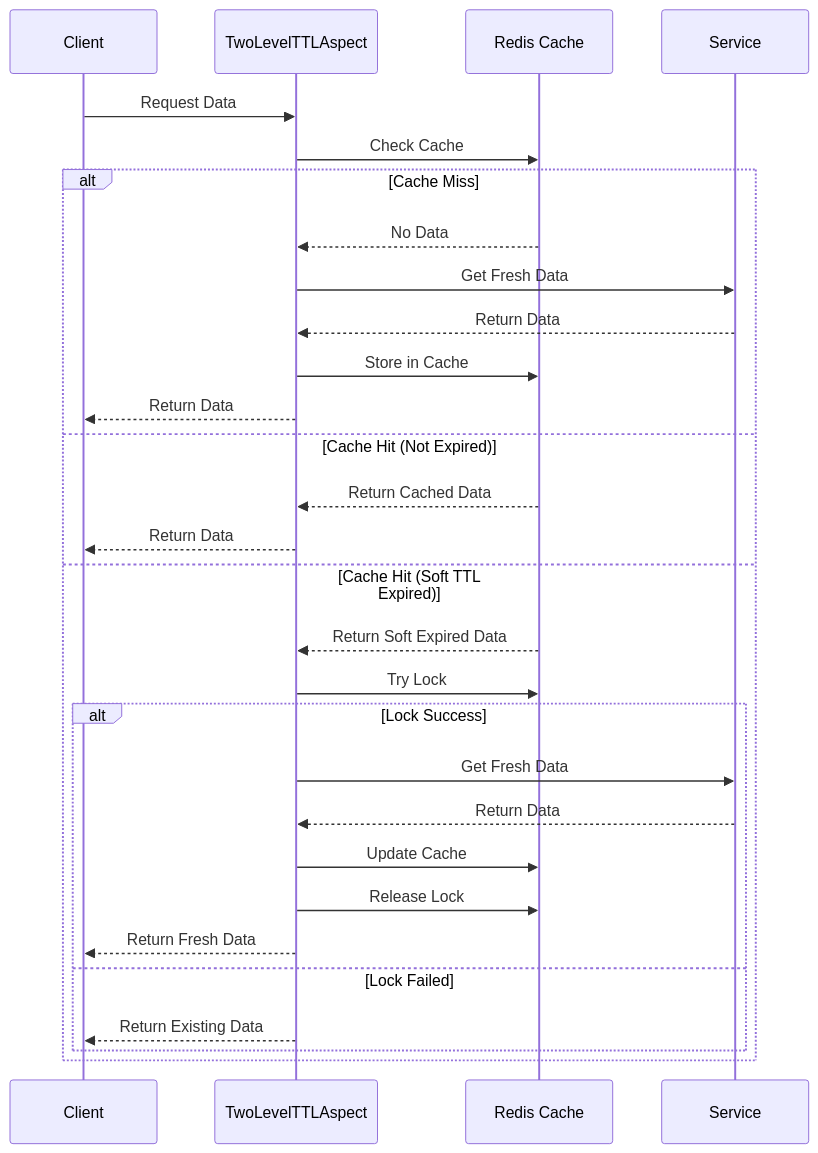
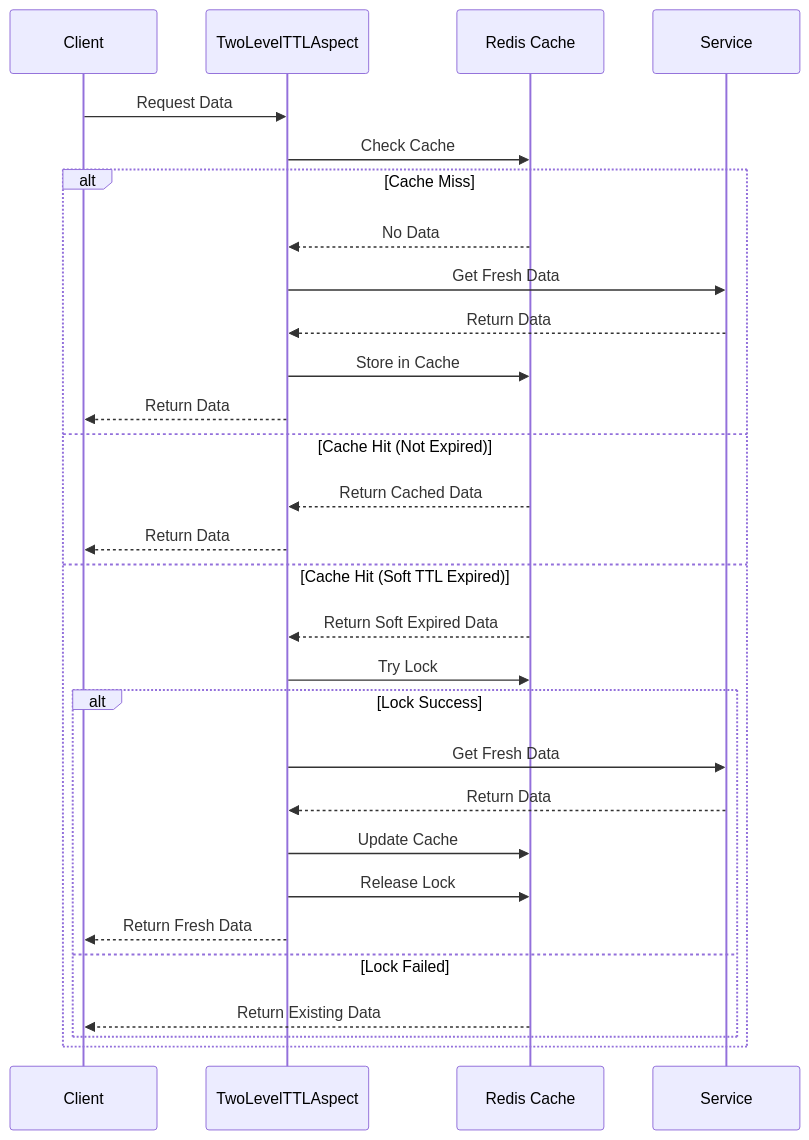
Before and after one commit to JwahoonKim/two-level-ttl-cache: the diagram in README.md, drawn with Mermaid.

```````diff
--- a/README.md
+++ b/README.md
@@ -15,32 +15,32 @@
 ```mermaid
 sequenceDiagram
     participant C as Client
     participant A as TwoLevelTTLAspect
     participant R as Redis Cache
     participant S as Service
 
     C->>A: Request Data
     A->>R: Check Cache
     alt Cache Miss
         R-->>A: No Data
         A->>S: Get Fresh Data
         S-->>A: Return Data
         A->>R: Store in Cache
         A-->>C: Return Data
     else Cache Hit (Not Expired)
         R-->>A: Return Cached Data
         A-->>C: Return Data
     else Cache Hit (Soft TTL Expired)
         R-->>A: Return Soft Expired Data
         A->>R: Try Lock
         alt Lock Success
             A->>S: Get Fresh Data
             S-->>A: Return Data
             A->>R: Update Cache
             A->>R: Release Lock
             A-->>C: Return Fresh Data
         else Lock Failed
-            A-->>C: Return Existing Data
+            R-->>C: Return Existing Data
         end
     end
-```
+``````
```````
